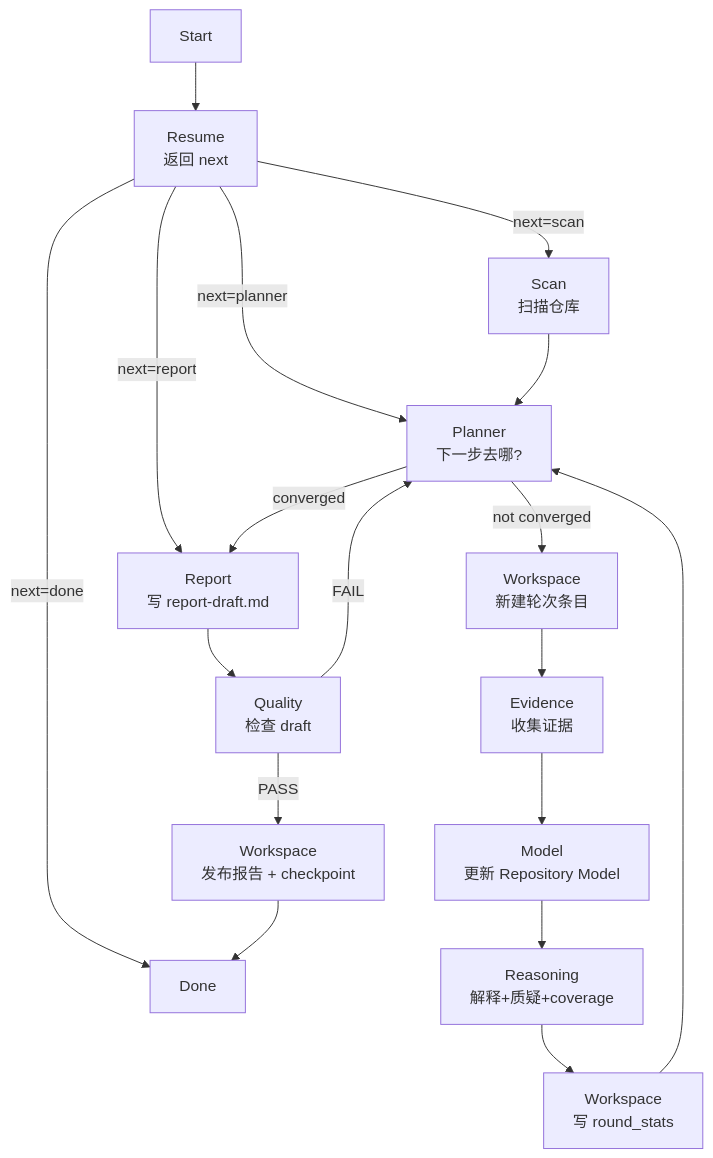
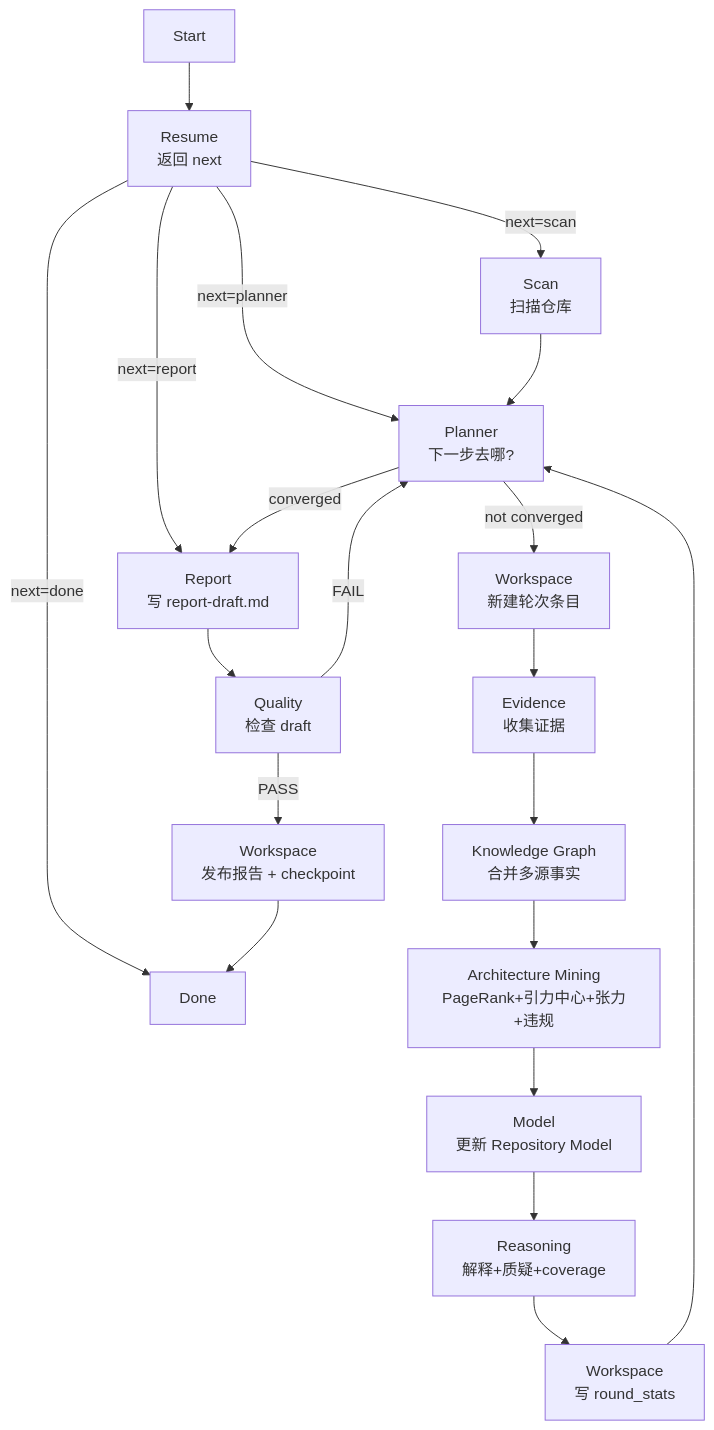
One commit to devweekly/devweekly.github.io changed the diagram in .trae/skills/repo-research-v2/SKILL.md. Above: the diagram before and after it, drawn with Mermaid. The commit also changed other lines of this file and 31 other files, not shown here.

````diff
--- a/.trae/skills/repo-research-v2/SKILL.md
+++ b/.trae/skills/repo-research-v2/SKILL.md
@@ -18,20 +20,22 @@
 ```mermaid
 flowchart TD
     Start[Start] --> Resume[Resume<br>返回 next]
     Resume -->|next=scan| Scan[Scan<br>扫描仓库]
     Resume -->|next=planner| Planner
     Resume -->|next=report| Report
     Resume -->|next=done| Done[Done]
     Scan --> Planner[Planner<br>下一步去哪?]
     Planner -->|converged| Report[Report<br>写 report-draft.md]
     Planner -->|not converged| WS1[Workspace<br>新建轮次条目]
     WS1 --> Evidence[Evidence<br>收集证据]
-    Evidence --> Model[Model<br>更新 Repository Model]
+    Evidence --> Graph[Knowledge Graph<br>合并多源事实]
+    Graph --> Mining[Architecture Mining<br>PageRank+引力中心+张力+违规]
+    Mining --> Model[Model<br>更新 Repository Model]
     Model --> Reasoning[Reasoning<br>解释+质疑+coverage]
     Reasoning --> WS2[Workspace<br>写 round_stats]
     WS2 --> Planner
     Report --> Quality[Quality<br>检查 draft]
     Quality -->|FAIL| Planner
     Quality -->|PASS| WS3[Workspace<br>发布报告 + checkpoint]
     WS3 --> Done
 ```
````
